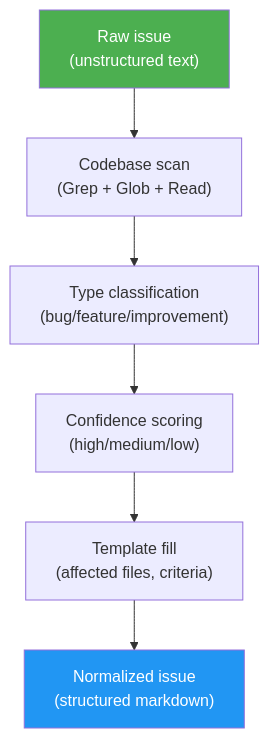
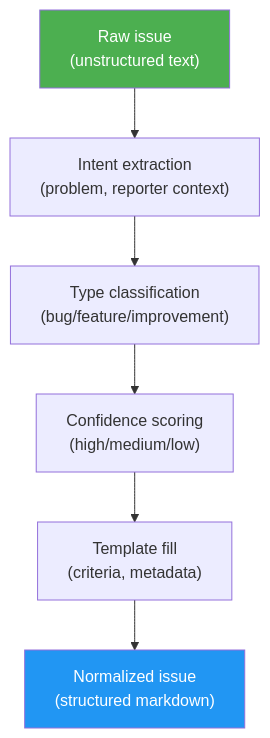
The second of 2 diagrams in docs/idd-methodology.md (luongnv89/idd), drawn with Mermaid before and after one commit. The commit also changed other lines of this file, not shown here.

````diff
--- a/docs/idd-methodology.md
+++ b/docs/idd-methodology.md
@@ -114,11 +136,11 @@
 ```mermaid
 graph TD
-    A["Raw issue<br/>(unstructured text)"] --> B["Codebase scan<br/>(Grep + Glob + Read)"]
+    A["Raw issue<br/>(unstructured text)"] --> B["Intent extraction<br/>(problem, reporter context)"]
     B --> C["Type classification<br/>(bug/feature/improvement)"]
     C --> D["Confidence scoring<br/>(high/medium/low)"]
-    D --> E["Template fill<br/>(affected files, criteria)"]
+    D --> E["Template fill<br/>(criteria, metadata)"]
     E --> F["Normalized issue<br/>(structured markdown)"]
 
     style A fill:#4CAF50,color:#fff
     style F fill:#2196F3,color:#fff
 ```
````
